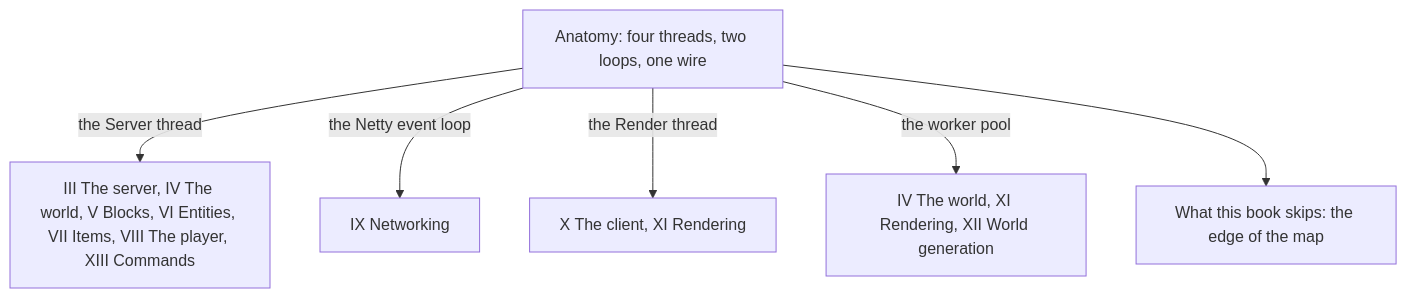
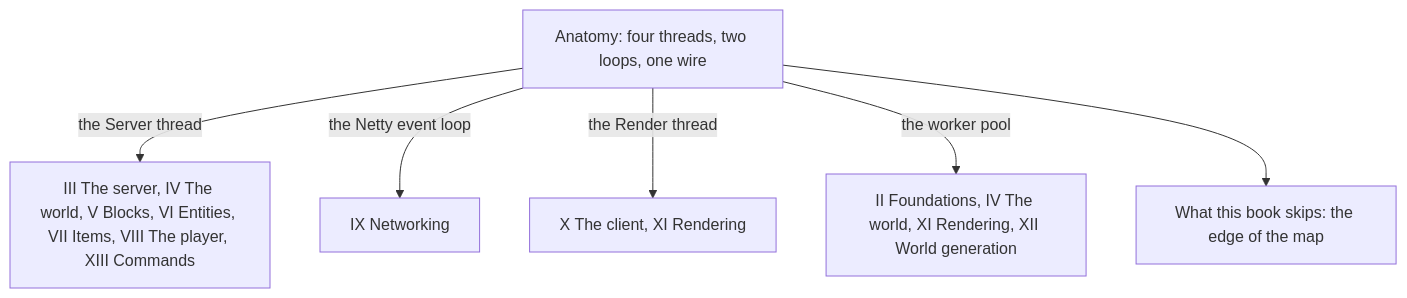
One commit to AlexanderjFraser/MinecraftDocs changed the diagram in src/systems/anatomy/README.md. Above: the diagram before and after it, drawn with Mermaid. The commit also changed other lines of this file and 16 other files, not shown here.

````diff
--- a/src/systems/anatomy/README.md
+++ b/src/systems/anatomy/README.md
@@ -18,9 +18,9 @@
 ```mermaid
 flowchart TD
     A["Anatomy: four threads, two loops, one wire"]
     A -- "the Server thread" --> S["III The server, IV The world, V Blocks, VI Entities, VII Items, VIII The player, XIII Commands"]
     A -- "the Netty event loop" --> N["IX Networking"]
     A -- "the Render thread" --> C["X The client, XI Rendering"]
-    A -- "the worker pool" --> W["IV The world, XI Rendering, XII World generation"]
+    A -- "the worker pool" --> W["II Foundations, IV The world, XI Rendering, XII World generation"]
     A --> X["What this book skips: the edge of the map"]
 ```
````
